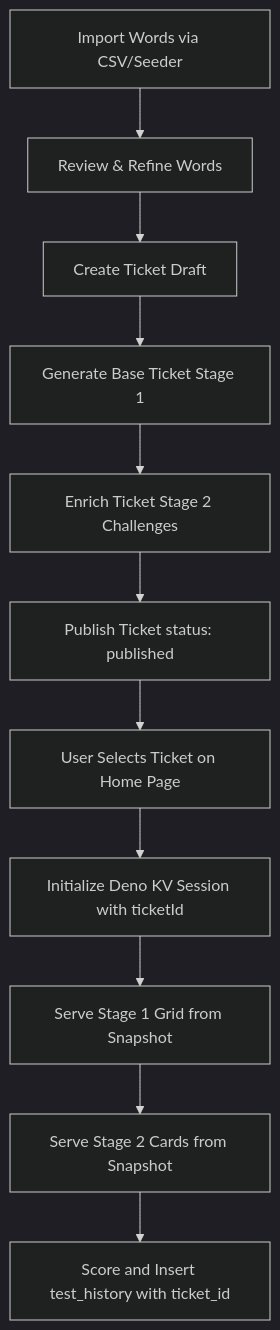
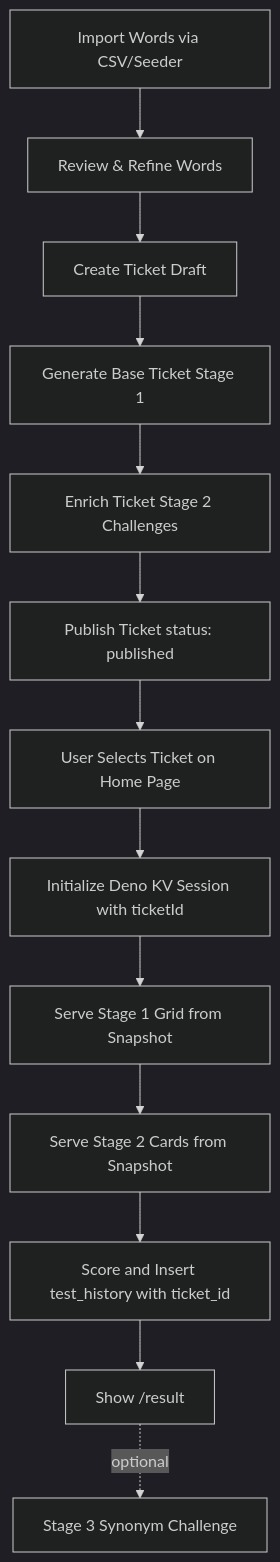
The diagram in docs/business-process.md (Mkots/elx), drawn with Mermaid (dark theme) before and after one commit. The commit also changed other lines of this file and 1 other file, not shown here.

Commit message:
impl: resolve #197 - [Stage3-Synonym 4] Align synonym challenge documentation (#202)

````diff
--- a/docs/business-process.md
+++ b/docs/business-process.md
@@ -6,13 +6,15 @@
 ```mermaid
 graph TD
     A[Import Words via CSV/Seeder] --> B[Review & Refine Words]
     B --> C[Create Ticket Draft]
     C --> D[Generate Base Ticket Stage 1]
     D --> E[Enrich Ticket Stage 2 Challenges]
     E --> F[Publish Ticket status: published]
     F --> G[User Selects Ticket on Home Page]
     G --> H[Initialize Deno KV Session with ticketId]
     H --> I[Serve Stage 1 Grid from Snapshot]
     I --> J[Serve Stage 2 Cards from Snapshot]
     J --> K[Score and Insert test_history with ticket_id]
+    K --> L[Show /result]
+    L -.optional.-> M[Stage 3 Synonym Challenge]
 ```
````
